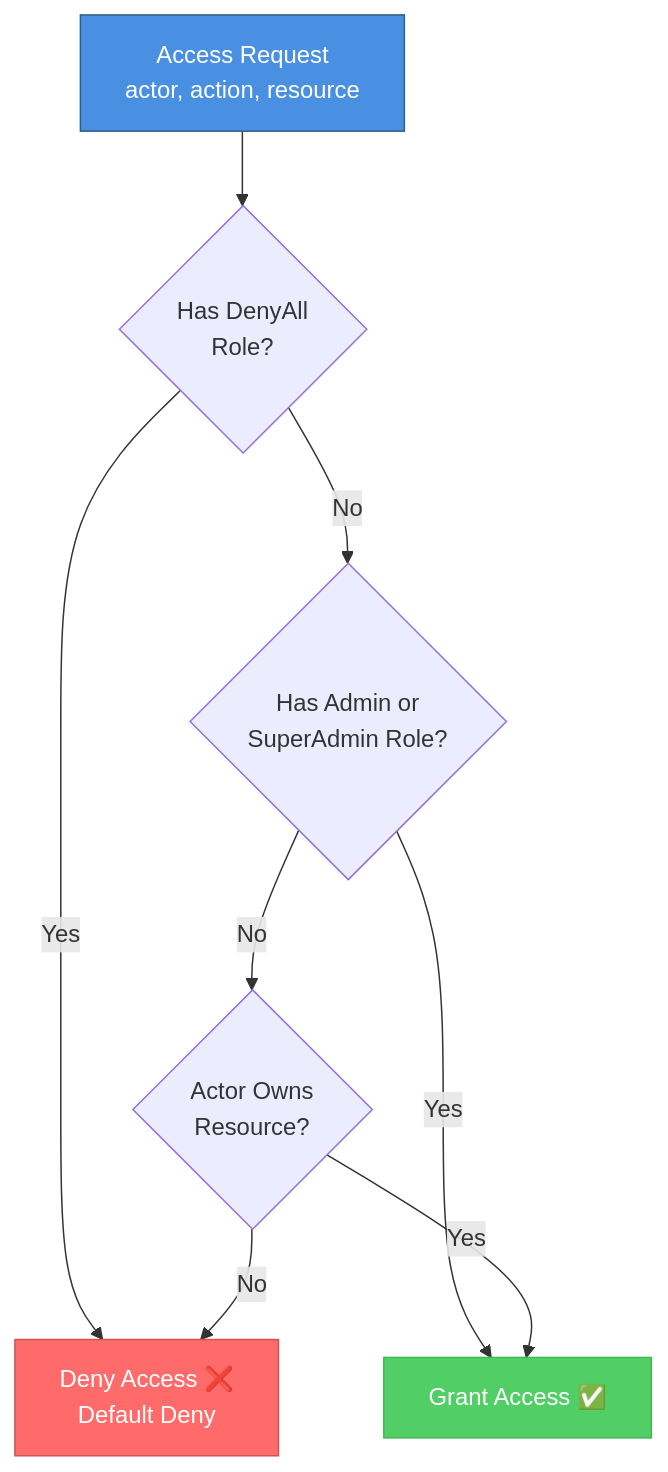
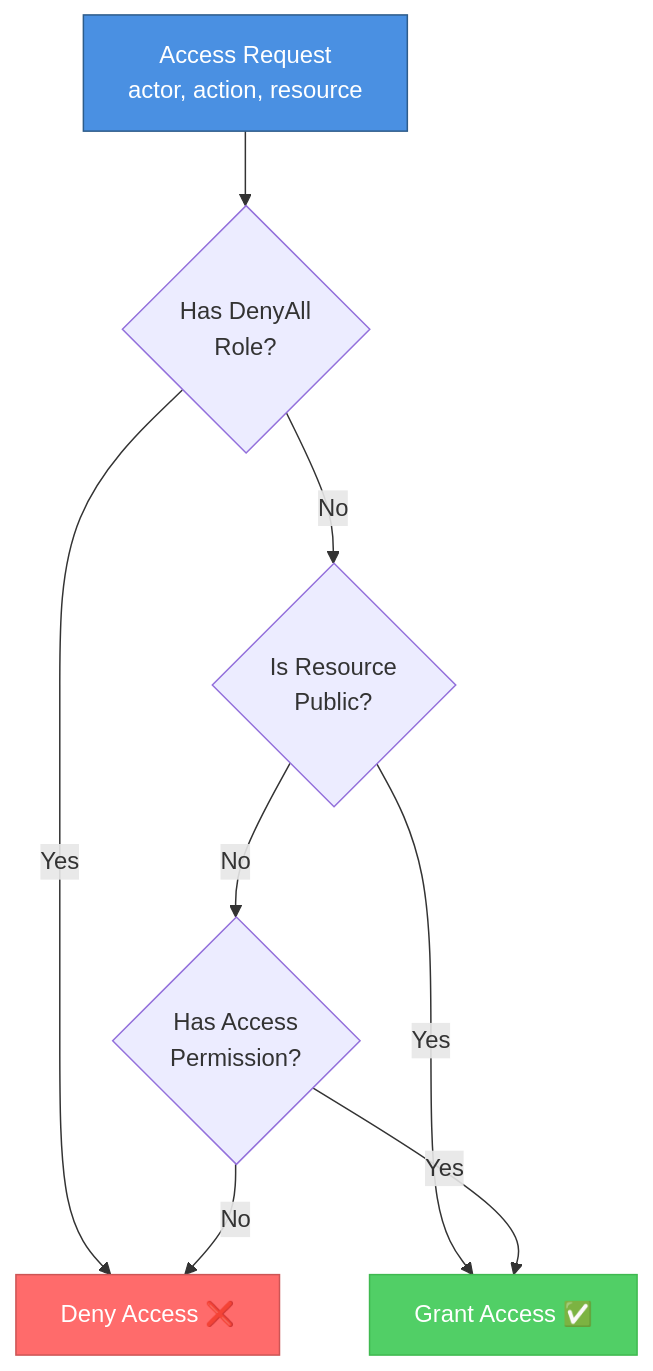
Before and after one commit to iconifyit/vectoricons-base-public: the fifth of 5 diagrams in README.md, drawn with Mermaid. The commit also changed other lines of this file, not shown here.

First line of the commit message:
docs: improve access control diagram security

````diff
--- a/README.md
+++ b/README.md
@@ -289,16 +286,16 @@
 ```mermaid
 flowchart TD
     REQUEST[Access Request<br/>actor, action, resource] --> DENYALL{Has DenyAll<br/>Role?}
-    DENYALL -->|Yes| DENY[Deny Access ❌<br/>Highest Priority]
-    DENYALL -->|No| ADMIN{Has Admin or<br/>SuperAdmin Role?}
+    DENYALL -->|Yes| DENY[Deny Access ❌]
+    DENYALL -->|No| PUBLIC{Is Resource<br/>Public?}
 
-    ADMIN -->|Yes| GRANT[Grant Access ✅]
-    ADMIN -->|No| OWNER{Actor Owns<br/>Resource?}
+    PUBLIC -->|Yes| GRANT[Grant Access ✅]
+    PUBLIC -->|No| PERMISSION{Has Access<br/>Permission?}
 
-    OWNER -->|Yes| GRANT
-    OWNER -->|No| DENY[Deny Access ❌<br/>Default Deny]
+    PERMISSION -->|Yes| GRANT
+    PERMISSION -->|No| DENY[Deny Access ❌]
 
     style DENY fill:#FF6B6B,stroke:#cc5555,color:#fff
     style GRANT fill:#51CF66,stroke:#3fb950,color:#fff
     style REQUEST fill:#4A90E2,stroke:#2E5C8A,color:#fff
 ```
````
